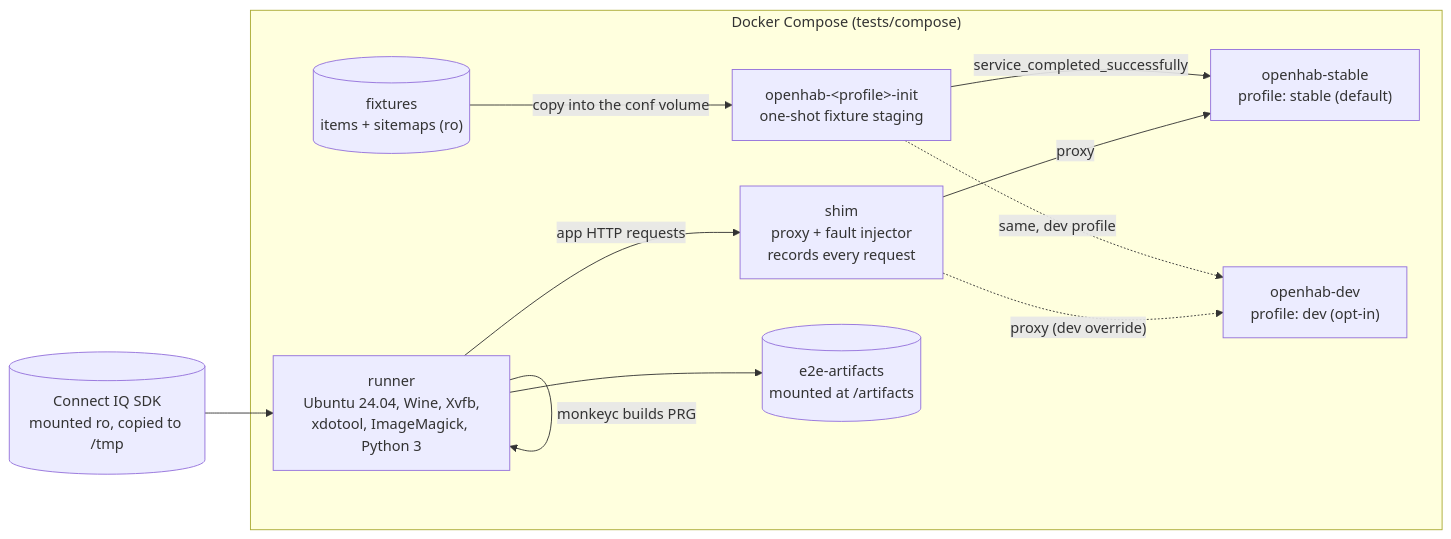
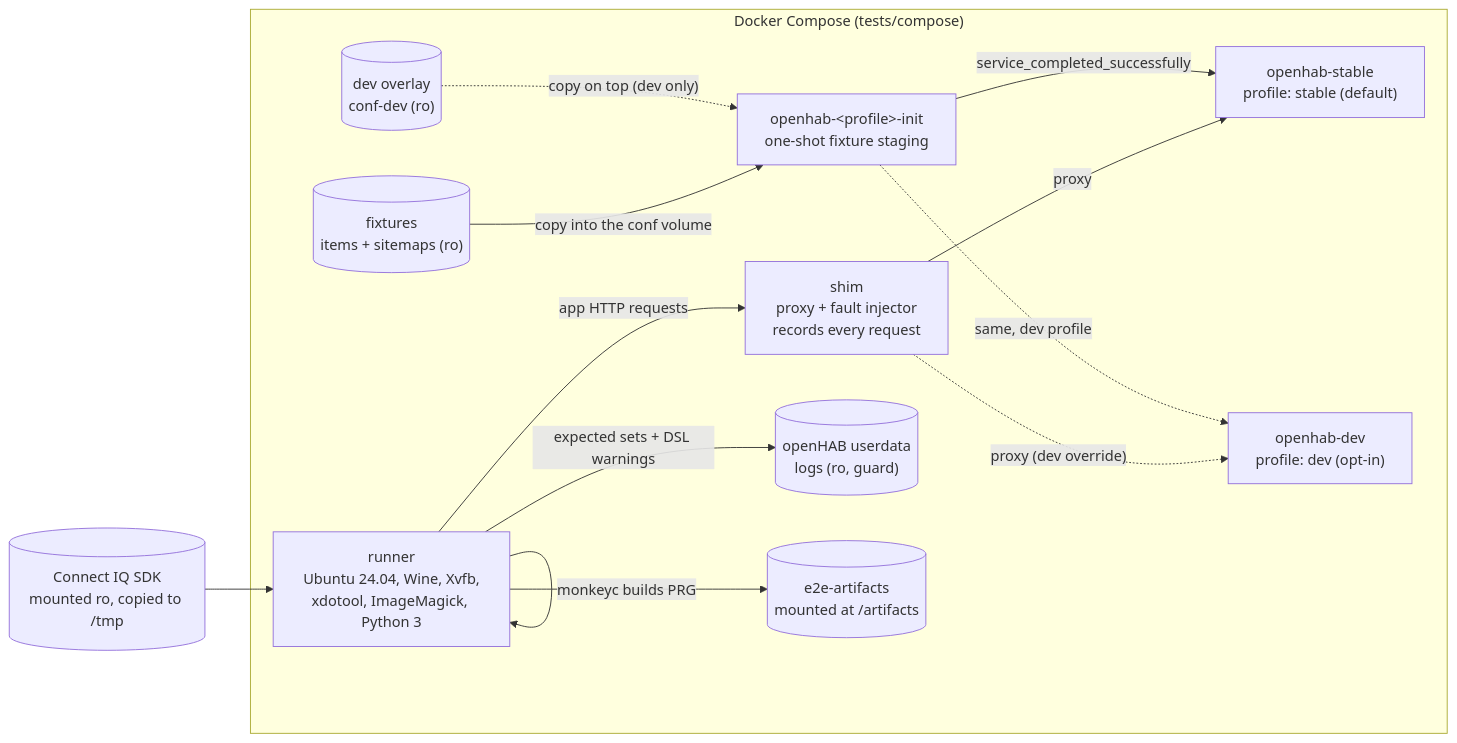
Before and after one commit to openhab/openhab-garmin: the diagram in tests/docs/architecture.md, drawn with Mermaid. The commit also changed other lines of this file and 19 other files, not shown here.

First line of the commit message:
Fix and guard the openHAB E2E fixtures (#394) (#395)

````diff
--- a/tests/docs/architecture.md
+++ b/tests/docs/architecture.md
@@ -5,22 +5,26 @@
 ```mermaid
 flowchart LR
     subgraph stack["Docker Compose (tests/compose)"]
         runner["runner<br/>Ubuntu 24.04, Wine, Xvfb,<br/>xdotool, ImageMagick, Python 3"]
         shim["shim<br/>proxy + fault injector<br/>records every request"]
         init["openhab-&lt;profile&gt;-init<br/>one-shot fixture staging"]
         stable["openhab-stable<br/>profile: stable (default)"]
         dev["openhab-dev<br/>profile: dev (opt-in)"]
         fx[("fixtures<br/>items + sitemaps (ro)")]
+        overlay[("dev overlay<br/>conf-dev (ro)")]
+        logs[("openHAB userdata<br/>logs (ro, guard)")]
         arts[("e2e-artifacts<br/>mounted at /artifacts")]
     end
     sdk[("Connect IQ SDK<br/>mounted ro, copied to /tmp")]
     sdk --> runner
     runner -->|"monkeyc builds PRG"| runner
     runner -->|"app HTTP requests"| shim
     shim -->|"proxy"| stable
     shim -.->|"proxy (dev override)"| dev
     fx -->|"copy into the conf volume"| init
+    overlay -.->|"copy on top (dev only)"| init
     init -->|"service_completed_successfully"| stable
     init -.->|"same, dev profile"| dev
+    runner -->|"expected sets + DSL warnings"| logs
     runner --> arts
 ```
````
